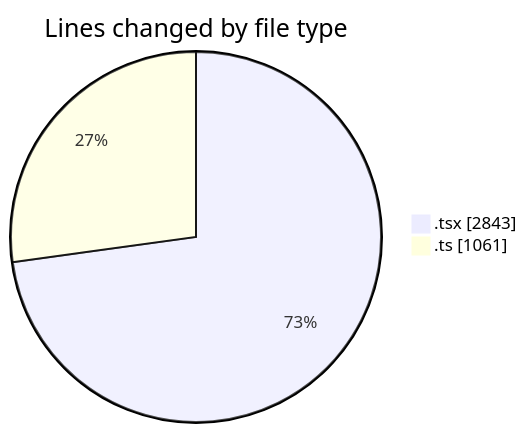
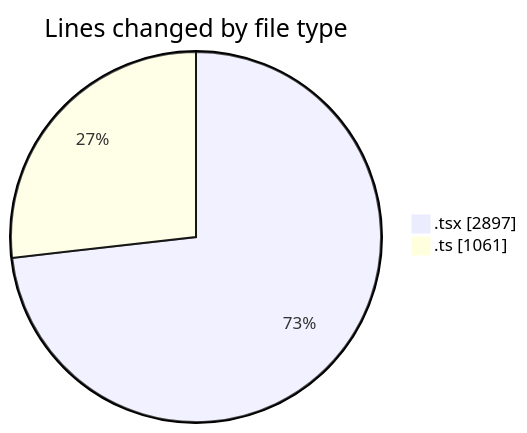
The first of 2 diagrams in 2026-02-19/nxtqube_webapp/README.md (nxtqubesakshisongat/code-tracking), drawn with Mermaid before and after one commit. The commit also changed other lines of this file and 1 other file, not shown here.

````diff
--- a/2026-02-19/nxtqube_webapp/README.md
+++ b/2026-02-19/nxtqube_webapp/README.md
@@ -28,6 +28,6 @@
 ```mermaid
 pie showData
 title Lines changed by file type
-".tsx" : 2843
+".tsx" : 2897
 ".ts" : 1061
 ```
````
